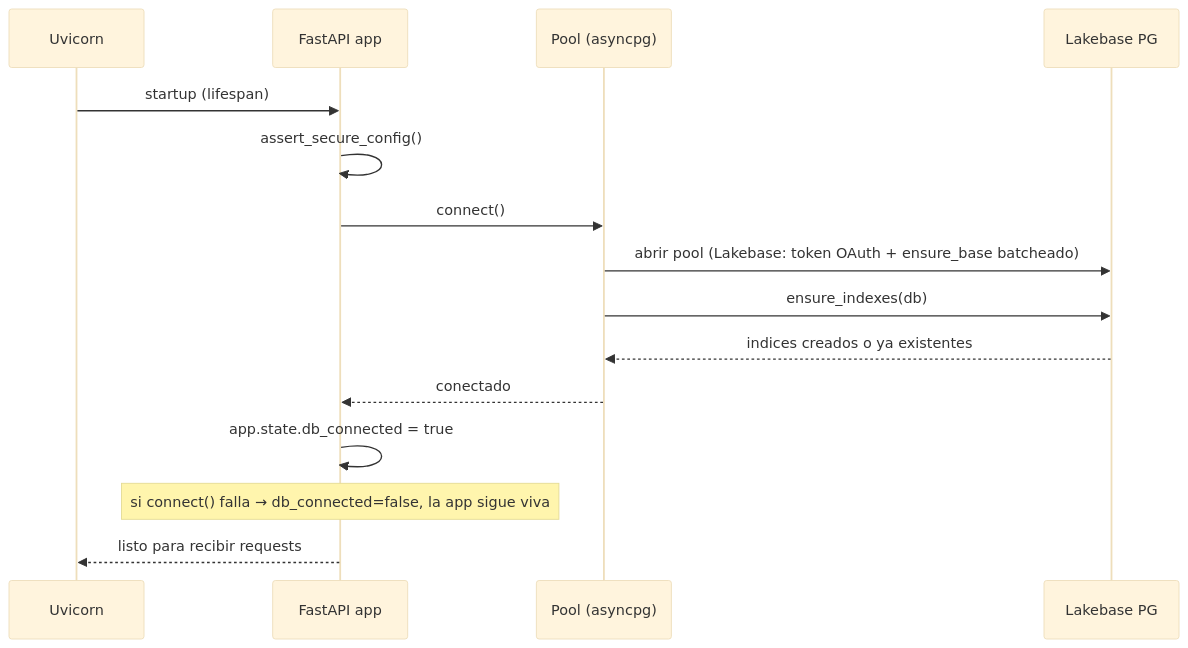
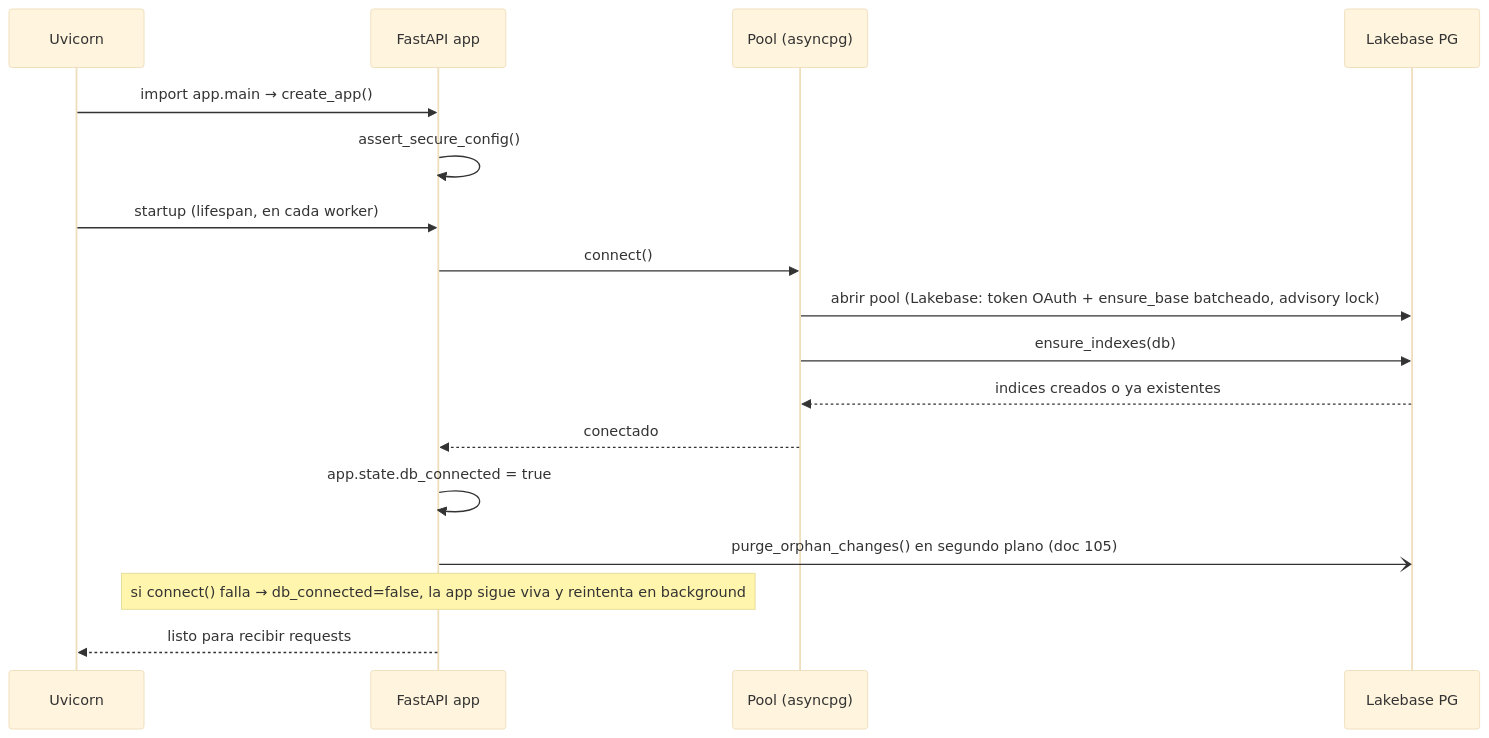
The second of 4 diagrams in doc/despliegue.md (Carlosmps97/backend-data-model-hub), drawn with Mermaid (base theme) before and after one commit. The commit also changed other lines of this file and 169 other files, not shown here.

````diff
--- a/doc/despliegue.md
+++ b/doc/despliegue.md
@@ -422,18 +421,20 @@
 ```mermaid
 sequenceDiagram
     participant U as Uvicorn
     participant A as FastAPI app
     participant P as Pool (asyncpg)
     participant B as Lakebase PG
 
-    U->>A: startup (lifespan)
+    U->>A: import app.main → create_app()
     A->>A: assert_secure_config()
+    U->>A: startup (lifespan, en cada worker)
     A->>P: connect()
-    P->>B: abrir pool (Lakebase: token OAuth + ensure_base batcheado)
+    P->>B: abrir pool (Lakebase: token OAuth + ensure_base batcheado, advisory lock)
     P->>B: ensure_indexes(db)
     B-->>P: indices creados o ya existentes
     P-->>A: conectado
     A->>A: app.state.db_connected = true
-    Note over A: si connect() falla → db_connected=false, la app sigue viva
+    A-)B: purge_orphan_changes() en segundo plano (doc 105)
+    Note over A: si connect() falla → db_connected=false, la app sigue viva y reintenta en background
     A-->>U: listo para recibir requests
 ```
````
